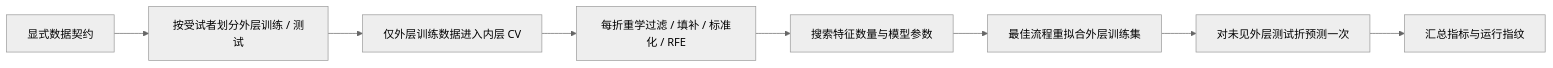
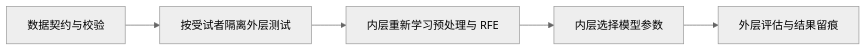
One commit to daizhouchen/ML-PD changed the diagram in README.md. Above: the diagram before and after it, drawn with Mermaid (neutral theme). The commit also changed other lines of this file and 29 other files, not shown here.

````diff
--- a/README.md
+++ b/README.md
@@ -59,10 +27,7 @@
 ```mermaid
 flowchart LR
-    A[显式数据契约] --> B[按受试者划分外层训练 / 测试]
-    B --> C[仅外层训练数据进入内层 CV]
-    C --> D[每折重学过滤 / 填补 / 标准化 / RFE]
-    D --> E[搜索特征数量与模型参数]
-    E --> F[最佳流程重拟合外层训练集]
-    F --> G[对未见外层测试折预测一次]
-    G --> H[汇总指标与运行指纹]
+    A[数据契约与校验] --> B[按受试者隔离外层测试]
+    B --> C[内层重新学习预处理与 RFE]
+    C --> D[内层选择模型参数]
+    D --> E[外层评估与结果留痕]
 ```
````
